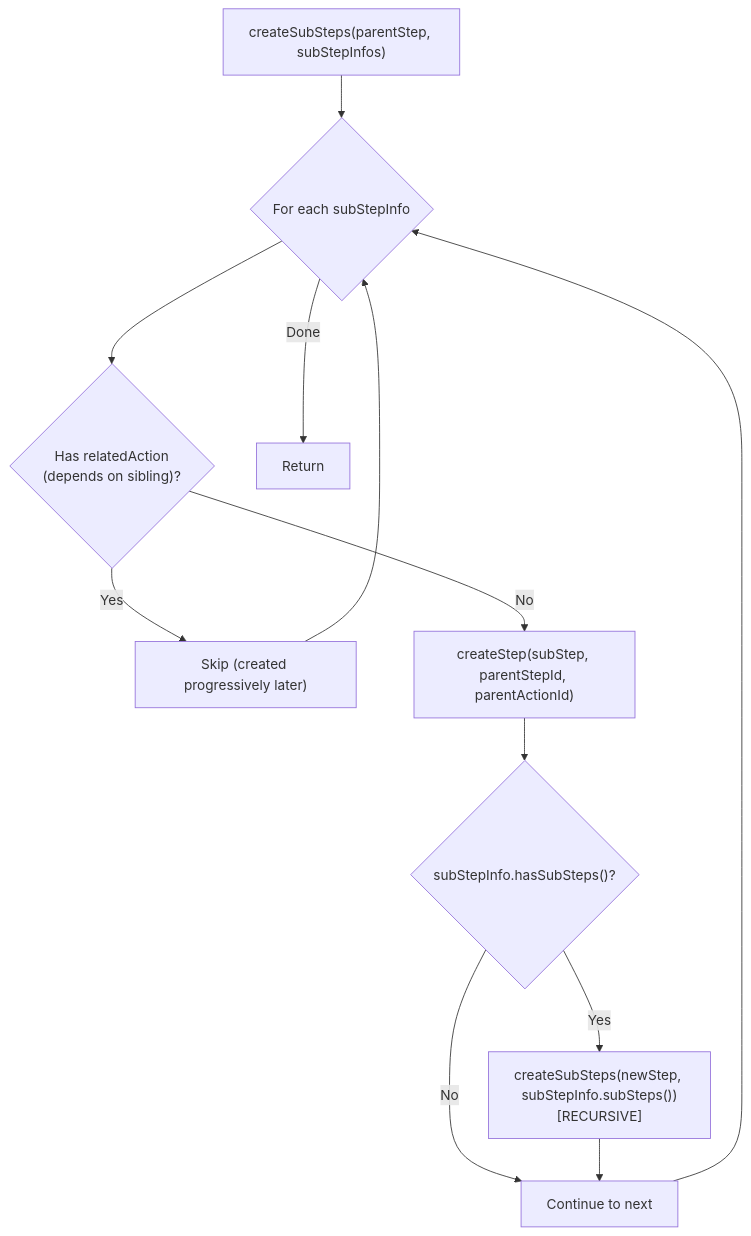
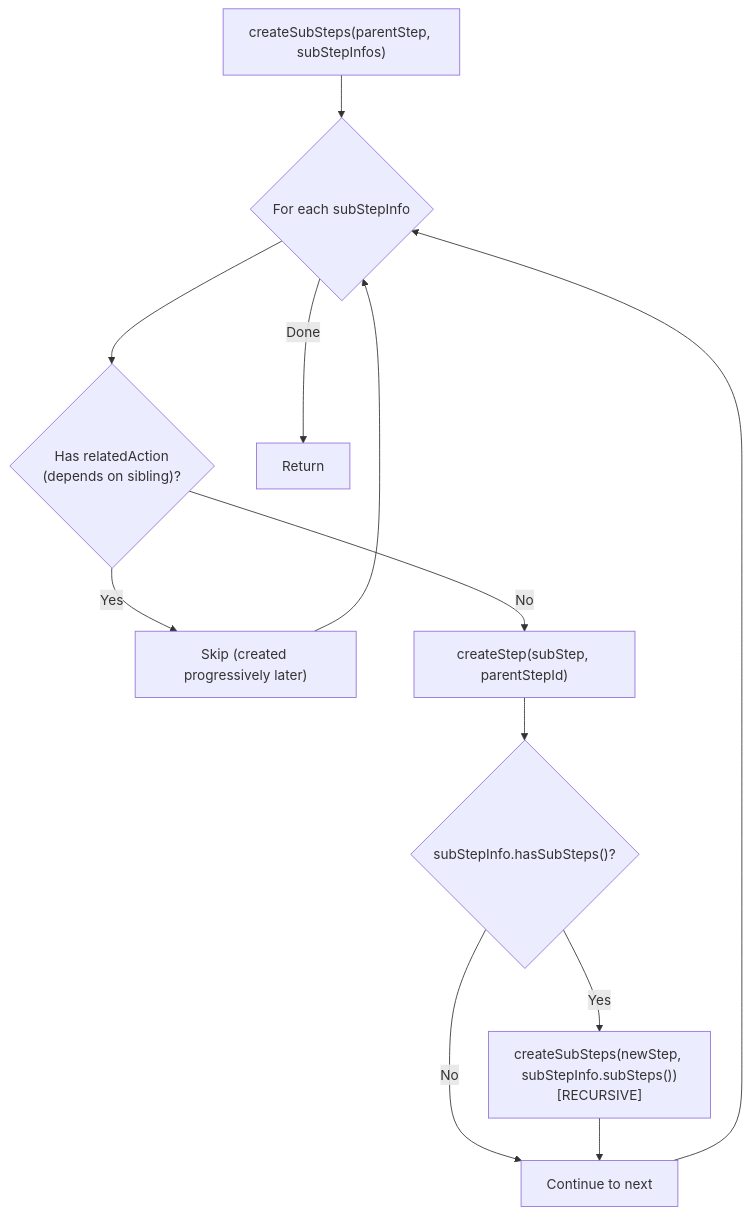
Diagram 11 of 11 in docs/flow-diagrams.md (Jayaprakash8887/cce-compliance-service), drawn with Mermaid before and after one commit. The commit also changed other lines of this file and 10 other files, not shown here.

Commit message:
feat: remove parent_action_id from StepInstance and related updates in service and documentation

````diff
--- a/docs/flow-diagrams.md
+++ b/docs/flow-diagrams.md
@@ -538,17 +538,17 @@
 ```mermaid
 flowchart TD
     START["createSubSteps(parentStep, subStepInfos)"] --> LOOP{"For each subStepInfo"}
     LOOP --> HAS_DEP{"Has relatedAction<br/>(depends on sibling)?"}
 
     HAS_DEP -->|"Yes"| SKIP["Skip (created progressively later)"]
-    HAS_DEP -->|"No"| CREATE["createStep(subStep, parentStepId, parentActionId)"]
+    HAS_DEP -->|"No"| CREATE["createStep(subStep, parentStepId)"]
 
     CREATE --> IS_GROUP{"subStepInfo.hasSubSteps()?"}
     IS_GROUP -->|"Yes"| RECURSE["createSubSteps(newStep, subStepInfo.subSteps())<br/>[RECURSIVE]"]
     IS_GROUP -->|"No"| NEXT["Continue to next"]
 
     SKIP --> LOOP
     RECURSE --> NEXT
     NEXT --> LOOP
     LOOP -->|"Done"| END["Return"]
 ```
````
